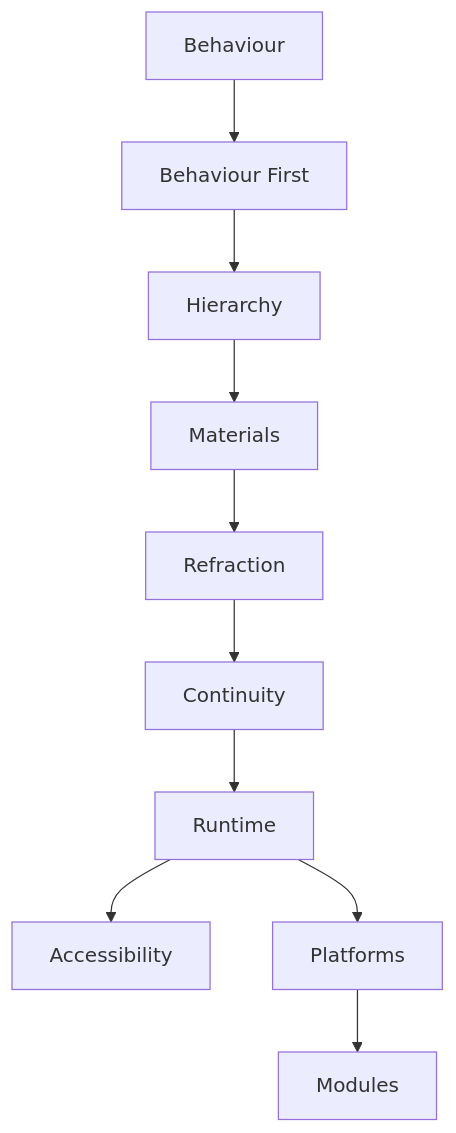
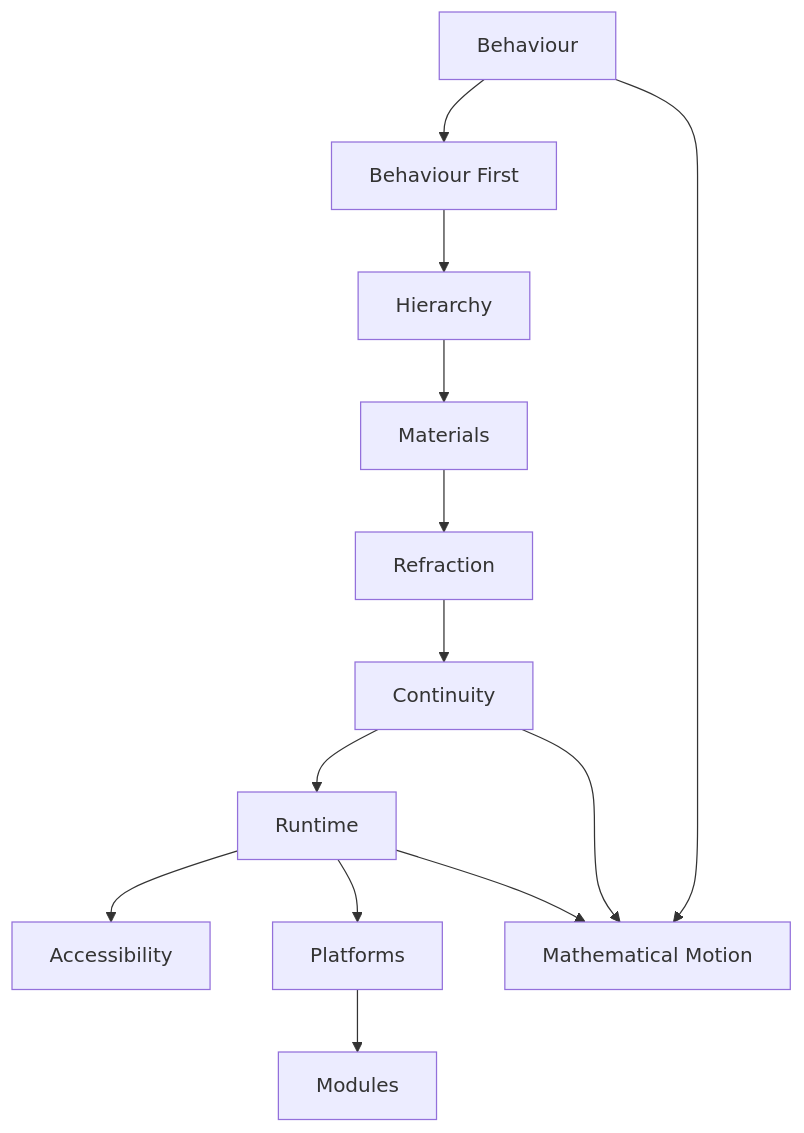
Before and after one commit to mosaic-media/mosaic-architecture: the diagram in docs/design/system/mds-005-motion-system/12-adrs.md, drawn with Mermaid. The commit also changed other lines of this file and 6 other files, not shown here.

Commit message:
docs(mds-005): formalise mathematical motion

````diff
--- a/docs/design/system/mds-005-motion-system/12-adrs.md
+++ b/docs/design/system/mds-005-motion-system/12-adrs.md
@@ -318,33 +354,37 @@
 ```mermaid
 flowchart TD
 
 ADR139["Behaviour"]
 
 ADR140["Behaviour First"]
 
 ADR141["Hierarchy"]
 
 ADR142["Materials"]
 
 ADR143["Refraction"]
 
 ADR144["Continuity"]
 
 ADR145["Runtime"]
 
 ADR146["Accessibility"]
 
 ADR147["Platforms"]
 
 ADR148["Modules"]
+ADR196["Mathematical Motion"]
 
 ADR139 --> ADR140
 ADR140 --> ADR141
 ADR141 --> ADR142
 ADR142 --> ADR143
 ADR143 --> ADR144
 ADR144 --> ADR145
 ADR145 --> ADR146
 ADR145 --> ADR147
 ADR147 --> ADR148
+ADR139 --> ADR196
+ADR144 --> ADR196
+ADR145 --> ADR196
 ```
````
